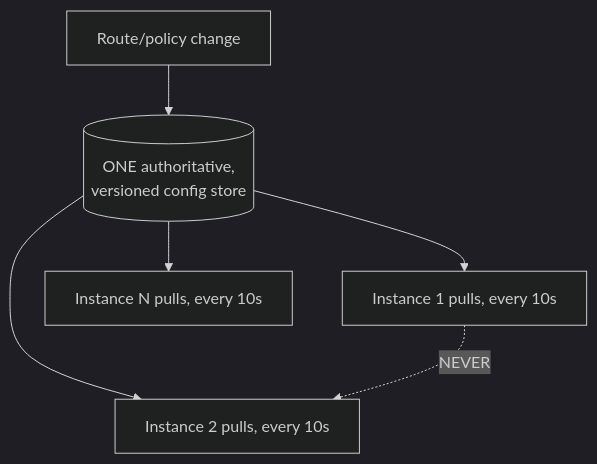
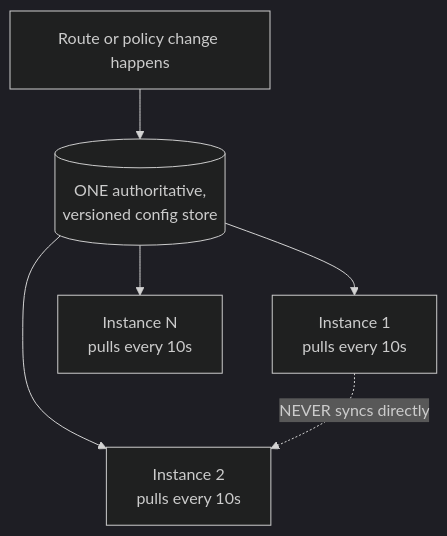
The seventh of 13 diagrams in system-design/HLD/0-course/64-Design-an-API-Gateway-FAANG-Guide-story.md (riyaz-pasha/Learnings), drawn with Mermaid (dark theme) before and after one commit. The commit also changed other lines of this file and 1 other file, not shown here.

Commit message:
[REWRITE] API Gateway story guide: simplify prose, add structure, fix diagrams

````diff
--- a/system-design/HLD/0-course/64-Design-an-API-Gateway-FAANG-Guide-story.md
+++ b/system-design/HLD/0-course/64-Design-an-API-Gateway-FAANG-Guide-story.md
@@ -256,8 +402,8 @@
 ```mermaid
-flowchart TD
-    A["Route/policy change"] --> B[("ONE authoritative,\nversioned config store")]
-    B --> C1["Instance 1 pulls, every 10s"]
-    B --> C2["Instance 2 pulls, every 10s"]
-    B --> C3["Instance N pulls, every 10s"]
-    C1 -.->|"NEVER"| C2
+flowchart TB
+    A["Route or policy change happens"] --> B[("ONE authoritative,<br/>versioned config store")]
+    B --> C1["Instance 1<br/>pulls every 10s"]
+    B --> C2["Instance 2<br/>pulls every 10s"]
+    B --> C3["Instance N<br/>pulls every 10s"]
+    C1 -.->|"NEVER syncs directly"| C2
 ```
````
